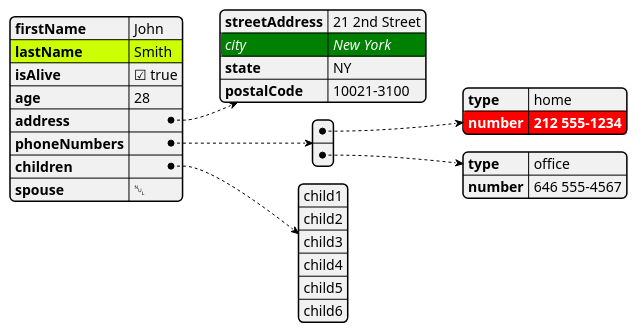
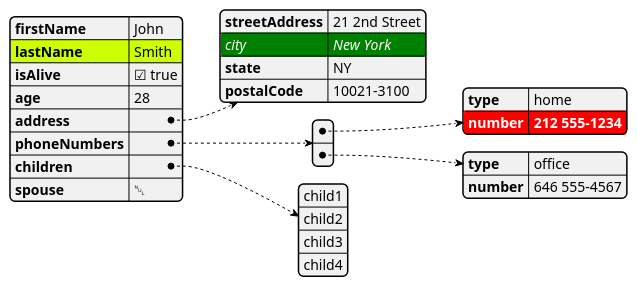
The diagram in diagrams/jsonDiagram.puml (adautomendes/plantUmlAutomation), drawn with PlantUML before and after one commit. The commit also changed 1 other file, not shown here.

```diff
--- a/diagrams/jsonDiagram.puml
+++ b/diagrams/jsonDiagram.puml
@@ -1,48 +1,46 @@
 @startjson
 <style>
   .h1 {
     BackGroundColor green
     FontColor white
     FontStyle italic
   }
   .h2 {
     BackGroundColor red
     FontColor white
     FontStyle bold
   }
 </style>
 #highlight "lastName"
 #highlight "address" / "city" <<h1>>
 #highlight "phoneNumbers" / "0" / "number" <<h2>>
 {
   "firstName": "John",
   "lastName": "Smith",
   "isAlive": true,
   "age": 28,
   "address": {
     "streetAddress": "21 2nd Street",
     "city": "New York",
     "state": "NY",
     "postalCode": "10021-3100"
   },
   "phoneNumbers": [
     {
       "type": "home",
       "number": "212 555-1234"
     },
     {
       "type": "office",
       "number": "646 555-4567"
     }
   ],
   "children": [
     "child1",
     "child2",
     "child3",
-    "child4",
-    "child5",
-    "child6"
+    "child4"
   ],
   "spouse": null
 }
 @endjson
```
